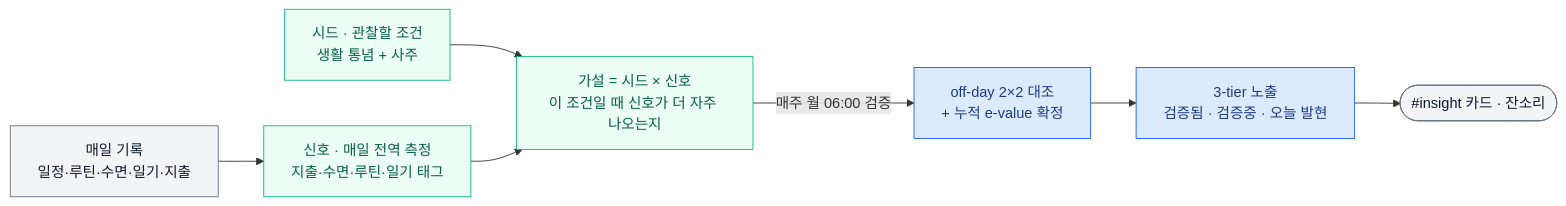
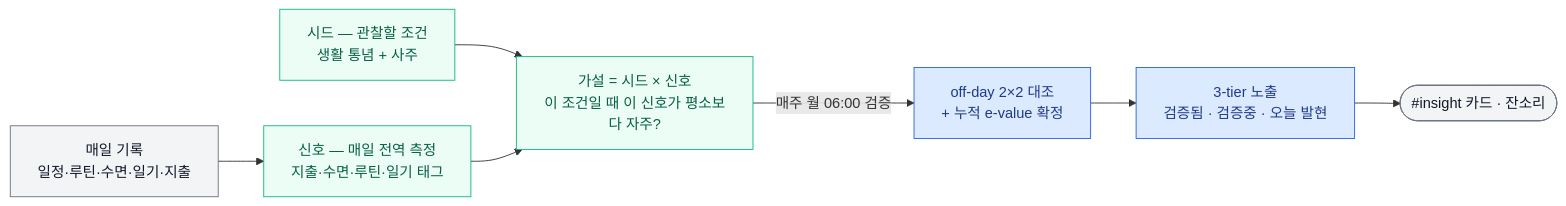
Before and after one commit to hyewon3938/slack-ai-agents: the diagram in README.md, drawn with Mermaid. The commit also changed other lines of this file, not shown here.

````diff
--- a/README.md
+++ b/README.md
@@ -49,18 +47,18 @@
 ```mermaid
 flowchart LR
   REC[매일 기록<br/>일정·루틴·수면·일기·지출]
-  SEED[시드 · 관찰할 조건<br/>생활 통념 + 사주]
-  REC --> SIG[신호 · 매일 전역 측정<br/>지출·수면·루틴·일기 태그]
-  SEED --> HYP[가설 = 시드 × 신호<br/>이 조건일 때 신호가 더 자주 나오는지]
+  SEED[시드 — 관찰할 조건<br/>생활 통념 + 사주]
+  REC --> SIG[신호 — 매일 전역 측정<br/>지출·수면·루틴·일기 태그]
+  SEED --> HYP[가설 = 시드 × 신호<br/>이 조건일 때 이 신호가 평소보다 자주?]
   SIG --> HYP
   HYP -->|매주 월 06:00 검증| VER[off-day 2×2 대조<br/>+ 누적 e-value 확정]
   VER --> TIER[3-tier 노출<br/>검증됨 · 검증중 · 오늘 발현]
   TIER --> OUT([#insight 카드 · 잔소리])
 
   classDef io fill:#f3f4f6,stroke:#6b7280,color:#111827
   classDef stat fill:#dbeafe,stroke:#2563eb,color:#1e3a8a
   classDef store fill:#ecfdf5,stroke:#10b981,color:#065f46
   class REC,OUT io
   class VER,TIER stat
   class SEED,SIG,HYP store
 ```
````
